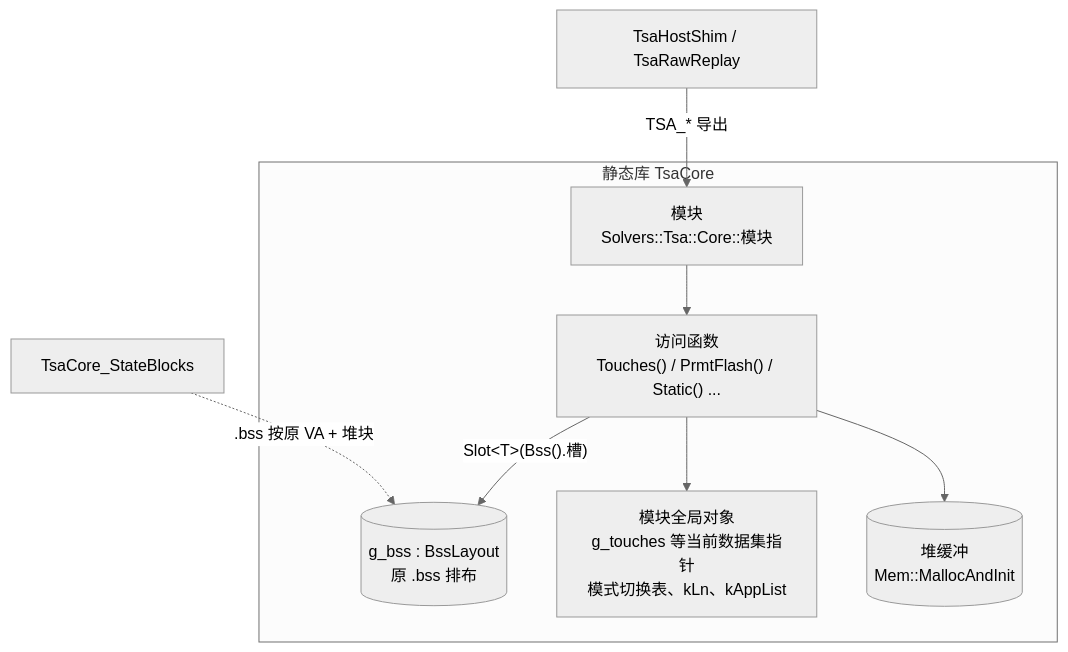
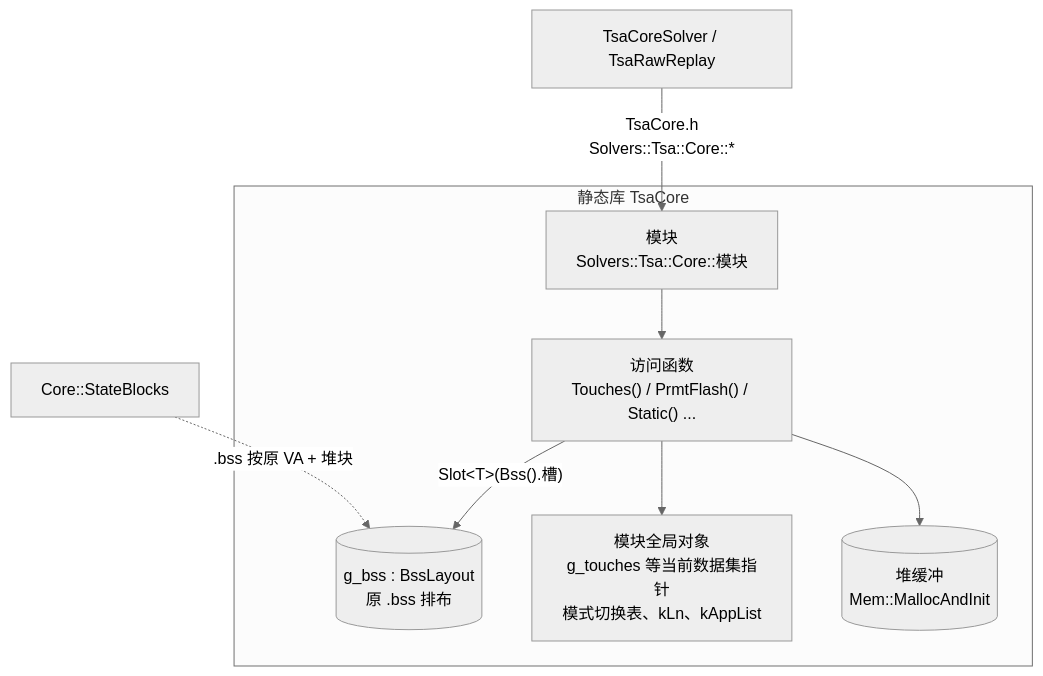
The second of 4 diagrams in docs/finger_algorithms/tsacore-cpp-rewrite.md (awarson2233/EGoTouchRev), drawn with Mermaid (neutral theme) before and after one commit. The commit also changed other lines of this file and 34 other files, not shown here.

First line of the commit message:
refactor(tsacore): 宿主接口改成类型化的 TsaCore.h，删掉 shim 与核里的死代码

````diff
--- a/docs/finger_algorithms/tsacore-cpp-rewrite.md
+++ b/docs/finger_algorithms/tsacore-cpp-rewrite.md
@@ -28,16 +28,16 @@
 ```mermaid
 flowchart TB
-    HOST["TsaHostShim / TsaRawReplay"] -- "TSA_* 导出" --> MOD
+    HOST["TsaCoreSolver / TsaRawReplay"] -- "TsaCore.h<br/>Solvers::Tsa::Core::*" --> MOD
     subgraph LIB["静态库 TsaCore"]
         MOD["模块<br/>Solvers::Tsa::Core::模块"]
         ACC["访问函数<br/>Touches() / PrmtFlash() / Static() ..."]
         BSS[("g_bss : BssLayout<br/>原 .bss 排布")]
         DATA["模块全局对象<br/>g_touches 等当前数据集指针<br/>模式切换表、kLn、kAppList"]
         HEAP[("堆缓冲<br/>Mem::MallocAndInit")]
         MOD --> ACC
         ACC -- "Slot&lt;T&gt;(Bss().槽)" --> BSS
         ACC --> DATA
         ACC --> HEAP
     end
-    REPLAY["TsaCore_StateBlocks"] -. ".bss 按原 VA + 堆块" .-> BSS
+    REPLAY["Core::StateBlocks"] -. ".bss 按原 VA + 堆块" .-> BSS
 ```
````
